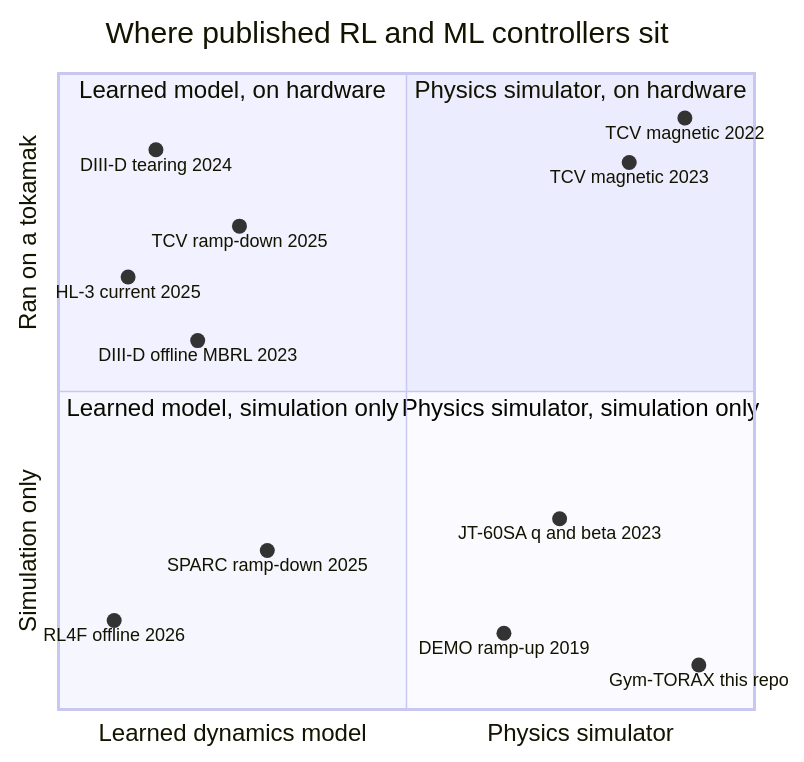
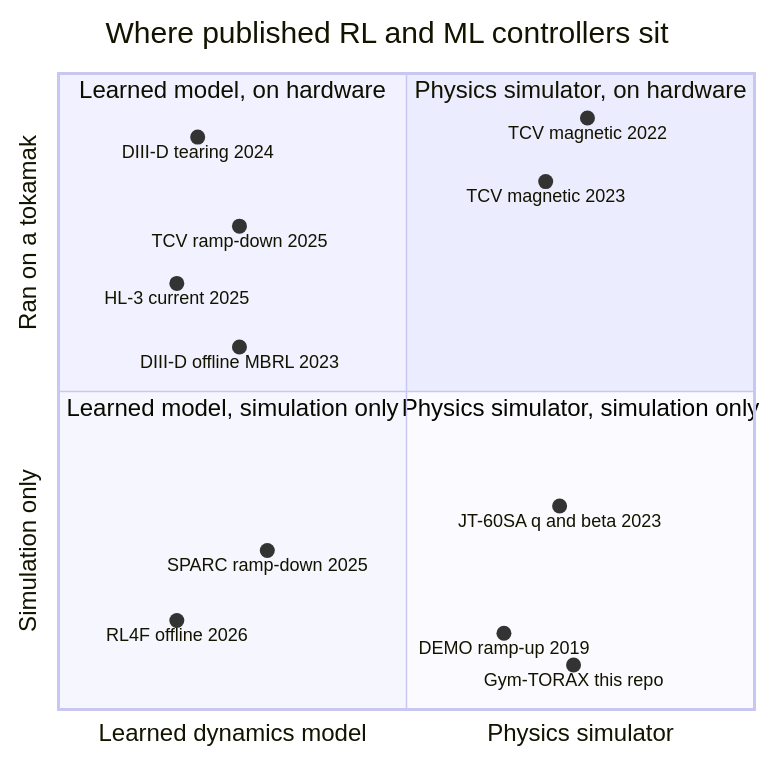
The first of 3 diagrams in docs/04-designs.md (leandergrech/rl-tokamak-rampup), drawn with Mermaid before and after one commit. The commit also changed other lines of this file and 7 other files, not shown here.

````diff
--- a/docs/04-designs.md
+++ b/docs/04-designs.md
@@ -20,21 +20,21 @@
 ```mermaid
 quadrantChart
     title Where published RL and ML controllers sit
     x-axis Learned dynamics model --> Physics simulator
     y-axis Simulation only --> Ran on a tokamak
     quadrant-1 Physics simulator, on hardware
     quadrant-2 Learned model, on hardware
     quadrant-3 Learned model, simulation only
     quadrant-4 Physics simulator, simulation only
-    TCV magnetic 2022: [0.9, 0.93]
-    TCV magnetic 2023: [0.82, 0.86]
-    DIII-D tearing 2024: [0.14, 0.88]
+    TCV magnetic 2022: [0.76, 0.93]
+    TCV magnetic 2023: [0.7, 0.83]
+    DIII-D tearing 2024: [0.2, 0.9]
     TCV ramp-down 2025: [0.26, 0.76]
-    HL-3 current 2025: [0.1, 0.68]
-    DIII-D offline MBRL 2023: [0.2, 0.58]
+    HL-3 current 2025: [0.17, 0.67]
+    DIII-D offline MBRL 2023: [0.26, 0.57]
     SPARC ramp-down 2025: [0.3, 0.25]
-    RL4F offline 2026: [0.08, 0.14]
-    JT-60SA q and beta 2023: [0.72, 0.3]
+    RL4F offline 2026: [0.17, 0.14]
+    JT-60SA q and beta 2023: [0.72, 0.32]
     DEMO ramp-up 2019: [0.64, 0.12]
-    Gym-TORAX this repo: [0.92, 0.07]
+    Gym-TORAX this repo: [0.74, 0.07]
 ```
````
